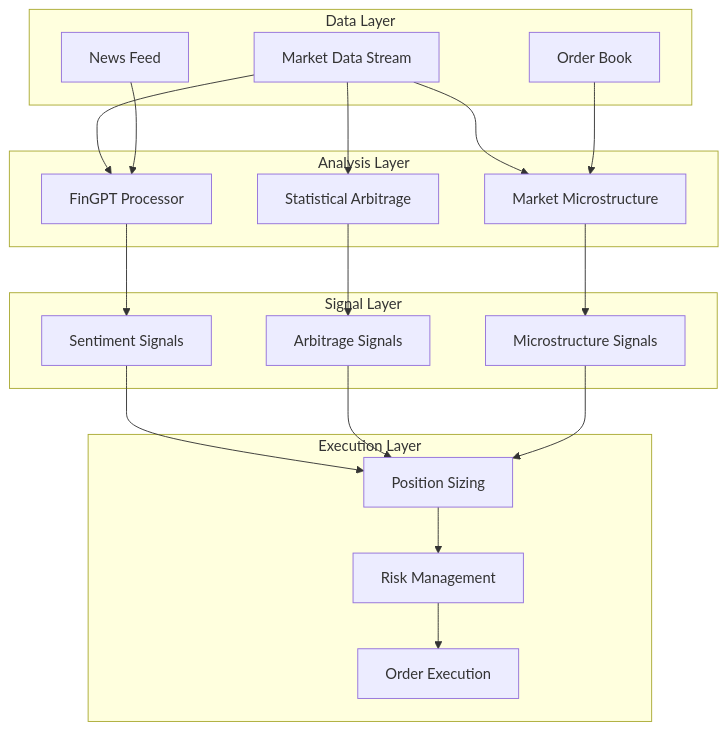
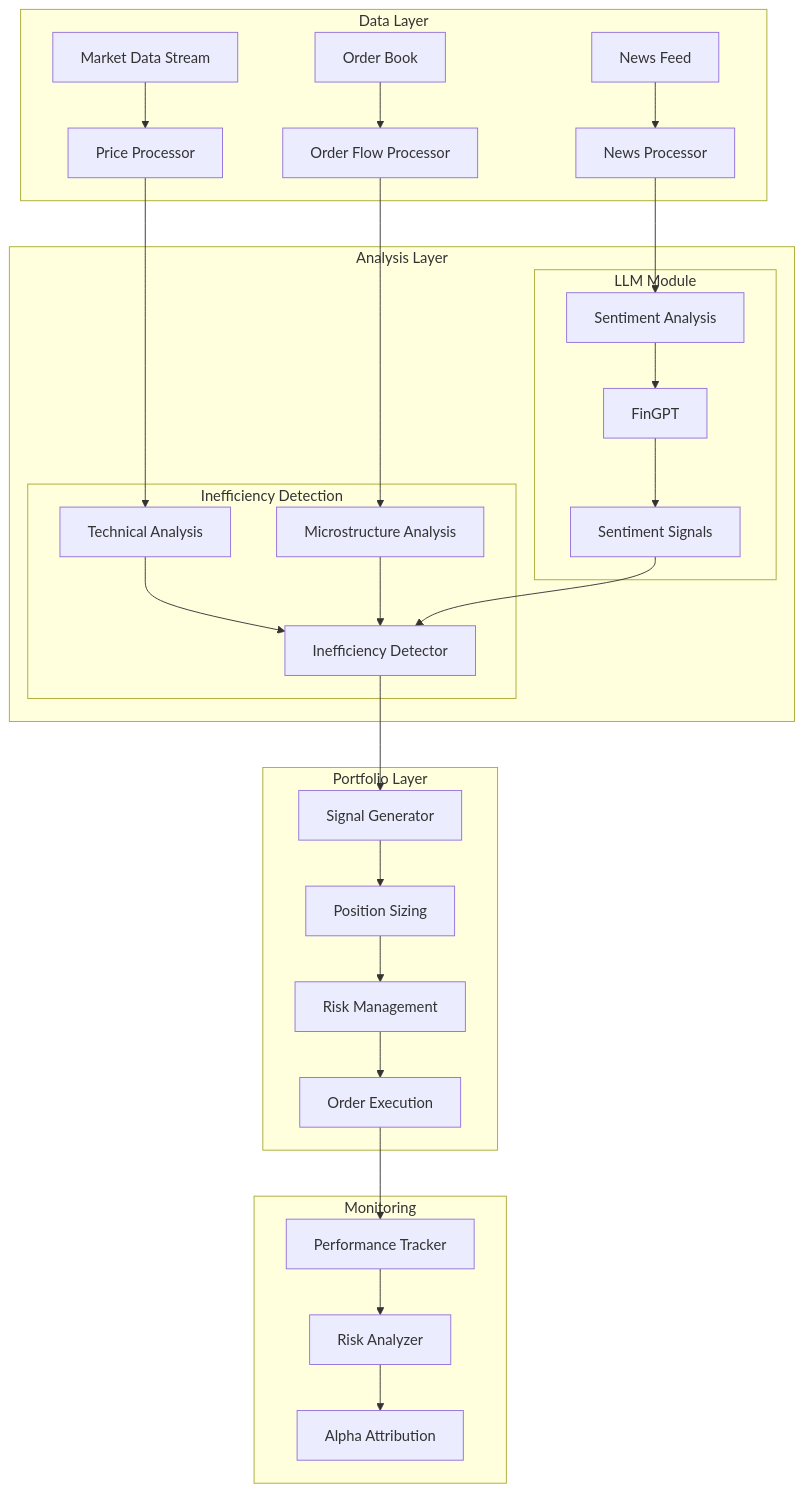
The diagram in README.md (ashioyajotham/fingpt_trader), drawn with Mermaid before and after one commit. The commit also changed other lines of this file and 10 other files, not shown here.

````diff
--- a/README.md
+++ b/README.md
@@ -59,37 +75,38 @@
 ```mermaid
-graph TD
+graph TB
     subgraph Data Layer
-        D1[Market Data Stream]
-        D2[News Feed]
-        D3[Order Book]
+        MD[Market Data Stream] --> PP[Price Processor]
+        NF[News Feed] --> NP[News Processor]
+        OB[Order Book] --> OP[Order Flow Processor]
     end
 
     subgraph Analysis Layer
-        A1[FinGPT Processor]
-        A2[Statistical Arbitrage]
-        A3[Market Microstructure]
+        PP --> TA[Technical Analysis]
+        NP --> SA[Sentiment Analysis]
+        OP --> MA[Microstructure Analysis]
+        
+        subgraph LLM Module
+            SA --> FG[FinGPT]
+            FG --> SS[Sentiment Signals]
+        end
+        
+        subgraph Inefficiency Detection
+            TA --> ID[Inefficiency Detector]
+            MA --> ID
+            SS --> ID
+        end
     end
 
-    subgraph Signal Layer
-        S1[Sentiment Signals]
-        S2[Arbitrage Signals]
-        S3[Microstructure Signals]
+    subgraph Portfolio Layer
+        ID --> SG[Signal Generator]
+        SG --> PS[Position Sizing]
+        PS --> RM[Risk Management]
+        RM --> OE[Order Execution]
     end
 
-    subgraph Execution Layer
-        E1[Position Sizing]
-        E2[Risk Management]
-        E3[Order Execution]
+    subgraph Monitoring
+        OE --> PT[Performance Tracker]
+        PT --> RA[Risk Analyzer]
+        RA --> AA[Alpha Attribution]
     end
-
-    D1 --> A1 & A2 & A3
-    D2 --> A1
-    D3 --> A3
-    
-    A1 --> S1
-    A2 --> S2
-    A3 --> S3
-    
-    S1 & S2 & S3 --> E1
-    E1 --> E2 --> E3
 ```
````
